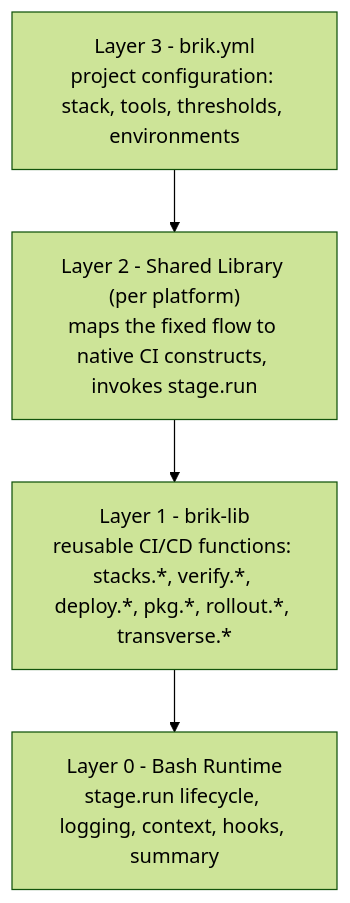
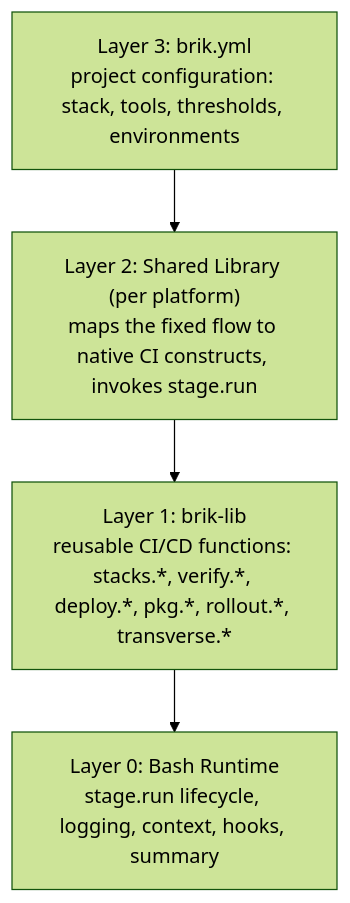
Before and after one commit to getbrik/brik: the diagram in docs/concepts/architecture.md, drawn with Mermaid (forest theme). The commit also changed other lines of this file and 7 other files, not shown here.

````diff
--- a/docs/concepts/architecture.md
+++ b/docs/concepts/architecture.md
@@ -66,8 +66,8 @@
 ```mermaid
 flowchart TD
-    L3["Layer 3 - brik.yml<br/>project configuration: stack, tools, thresholds, environments"]
-    L2["Layer 2 - Shared Library (per platform)<br/>maps the fixed flow to native CI constructs, invokes stage.run"]
-    L1["Layer 1 - brik-lib<br/>reusable CI/CD functions: stacks.*, verify.*, deploy.*, pkg.*, rollout.*, transverse.*"]
-    L0["Layer 0 - Bash Runtime<br/>stage.run lifecycle, logging, context, hooks, summary"]
+    L3["Layer 3: brik.yml<br/>project configuration: stack, tools, thresholds, environments"]
+    L2["Layer 2: Shared Library (per platform)<br/>maps the fixed flow to native CI constructs, invokes stage.run"]
+    L1["Layer 1: brik-lib<br/>reusable CI/CD functions: stacks.*, verify.*, deploy.*, pkg.*, rollout.*, transverse.*"]
+    L0["Layer 0: Bash Runtime<br/>stage.run lifecycle, logging, context, hooks, summary"]
     L3 --> L2 --> L1 --> L0
 ```
````
